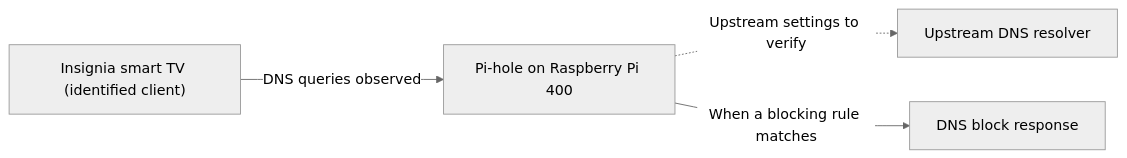
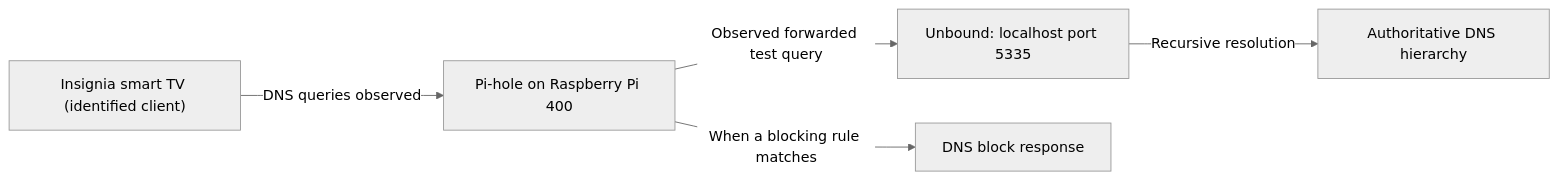
Before and after one commit to bemerson24/raspberry-pi-pihole: the diagram in README.md, drawn with Mermaid (neutral theme). The commit also changed other lines of this file, not shown here.

Commit message:
Update Pi-hole project overview with verified Beszel and Unbound progress

````diff
--- a/README.md
+++ b/README.md
@@ -28,6 +29,7 @@
 ```mermaid
 flowchart LR
     TV["Insignia smart TV (identified client)"] -->|"DNS queries observed"| PH["Pi-hole on Raspberry Pi 400"]
-    PH -.->|"Upstream settings to verify"| UP["Upstream DNS resolver"]
+    PH -->|"Observed forwarded test query"| UB["Unbound: localhost port 5335"]
+    UB -->|"Recursive resolution"| AUTH["Authoritative DNS hierarchy"]
     PH -->|"When a blocking rule matches"| BLOCK["DNS block response"]
 ```
````
